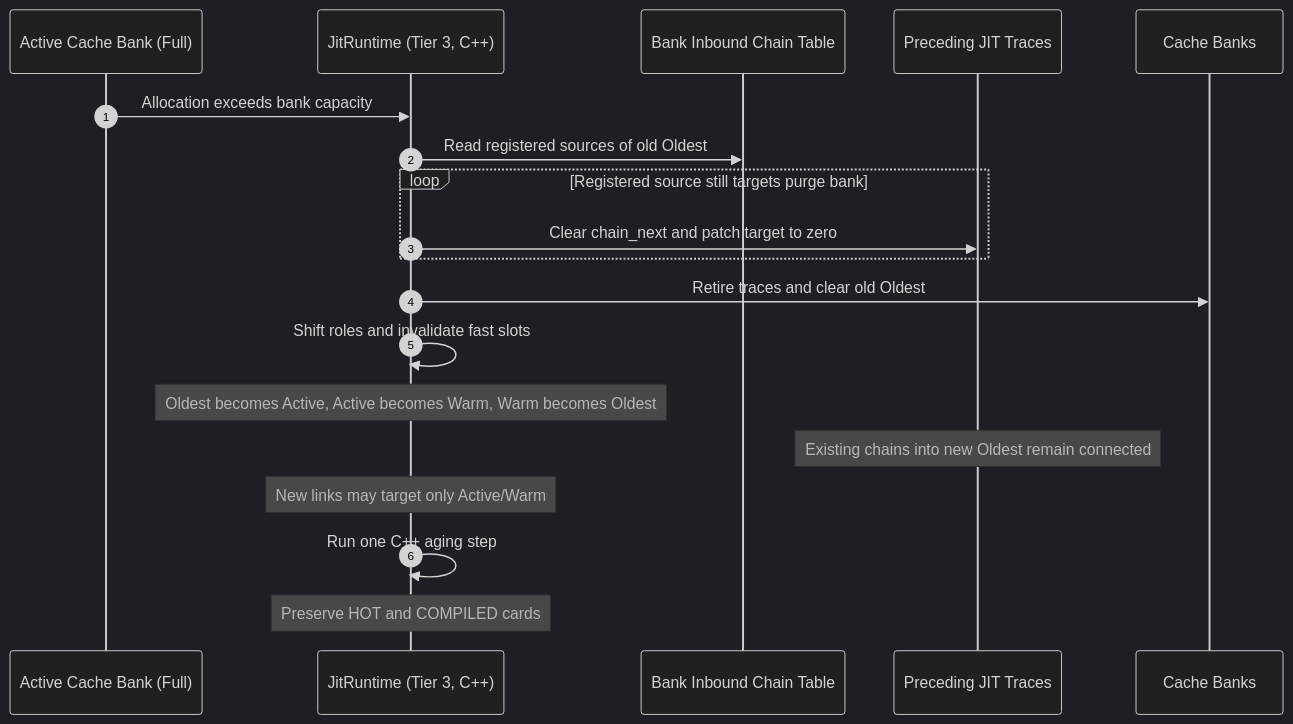
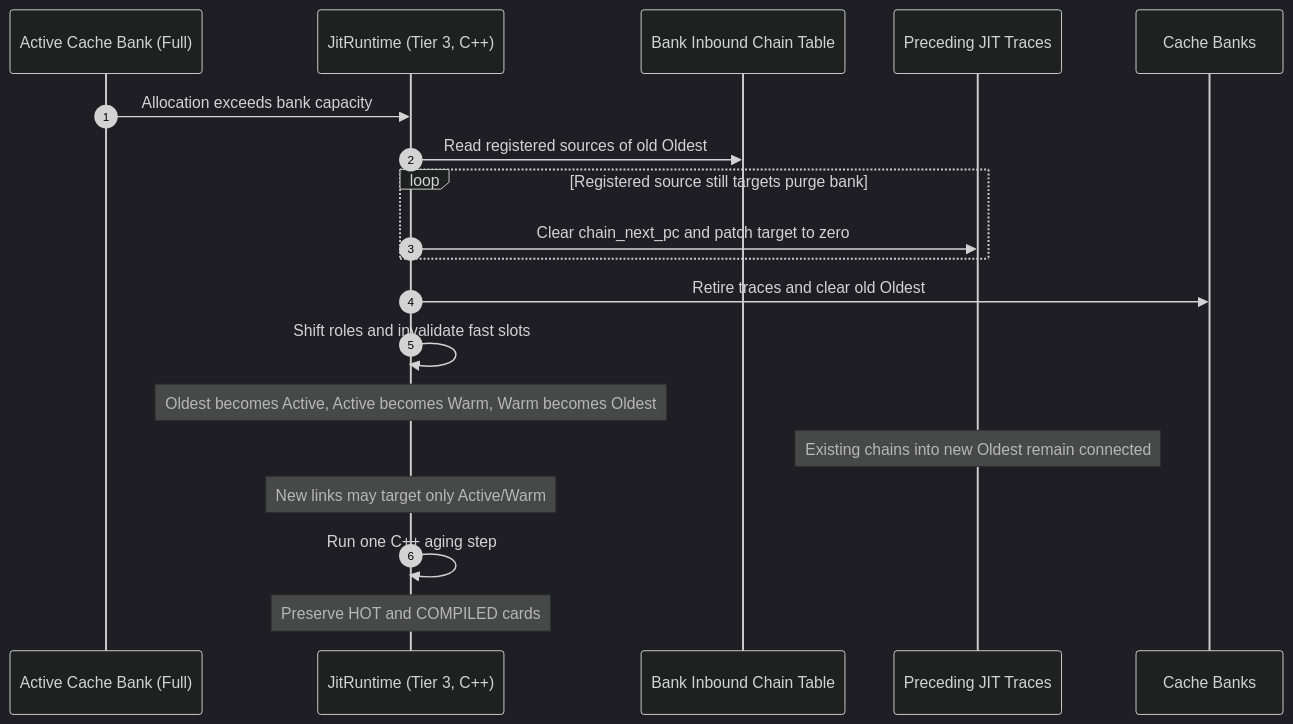
The fourth of 6 diagrams in docs/components/tier3_plugins/jit_runtime.md (kmt-t/fireball), drawn with Mermaid (dark theme) before and after one commit. The commit also changed other lines of this file and 89 other files, not shown here.

````diff
--- a/docs/components/tier3_plugins/jit_runtime.md
+++ b/docs/components/tier3_plugins/jit_runtime.md
@@ -270,22 +263,22 @@
 ```mermaid
 sequenceDiagram
     autonumber
     participant Active as Active Cache Bank (Full)
     participant Mgr as JitRuntime (Tier 3, C++)
     participant Inbound as Bank Inbound Chain Table
     participant Source as Preceding JIT Traces
     participant Bank as Cache Banks
 
     Active->>Mgr: Allocation exceeds bank capacity
     Mgr->>Inbound: Read registered sources of old Oldest
     loop Registered source still targets purge bank
-        Mgr->>Source: Clear chain_next and patch target to zero
+        Mgr->>Source: Clear chain_next_pc and patch target to zero
     end
     Mgr->>Bank: Retire traces and clear old Oldest
     Mgr->>Mgr: Shift roles and invalidate fast slots
     Note over Mgr: Oldest becomes Active, Active becomes Warm, Warm becomes Oldest
     Note over Source: Existing chains into new Oldest remain connected
     Note over Mgr: New links may target only Active/Warm
     Mgr->>Mgr: Run one C++ aging step
     Note over Mgr: Preserve HOT and COMPILED cards
 ```
````
